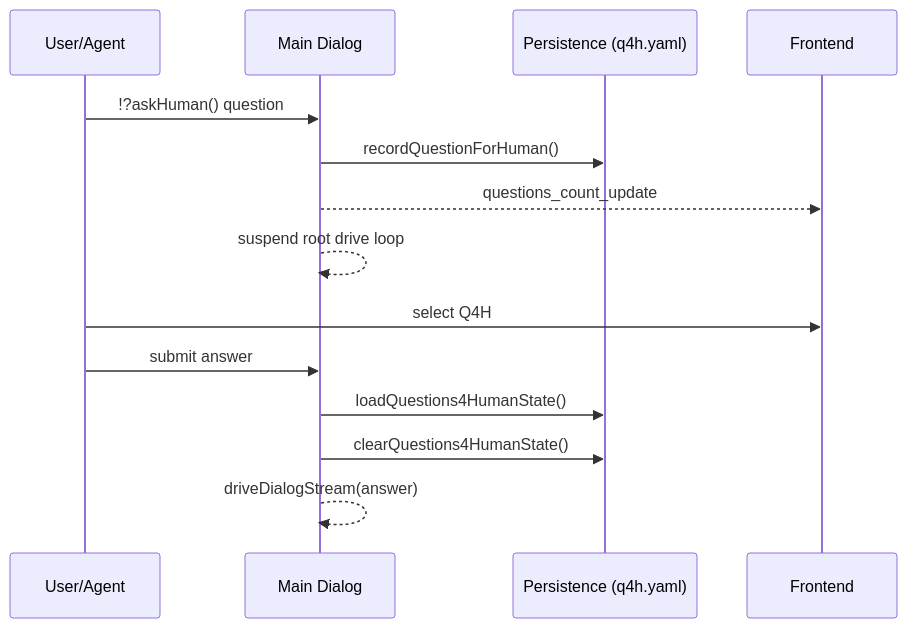
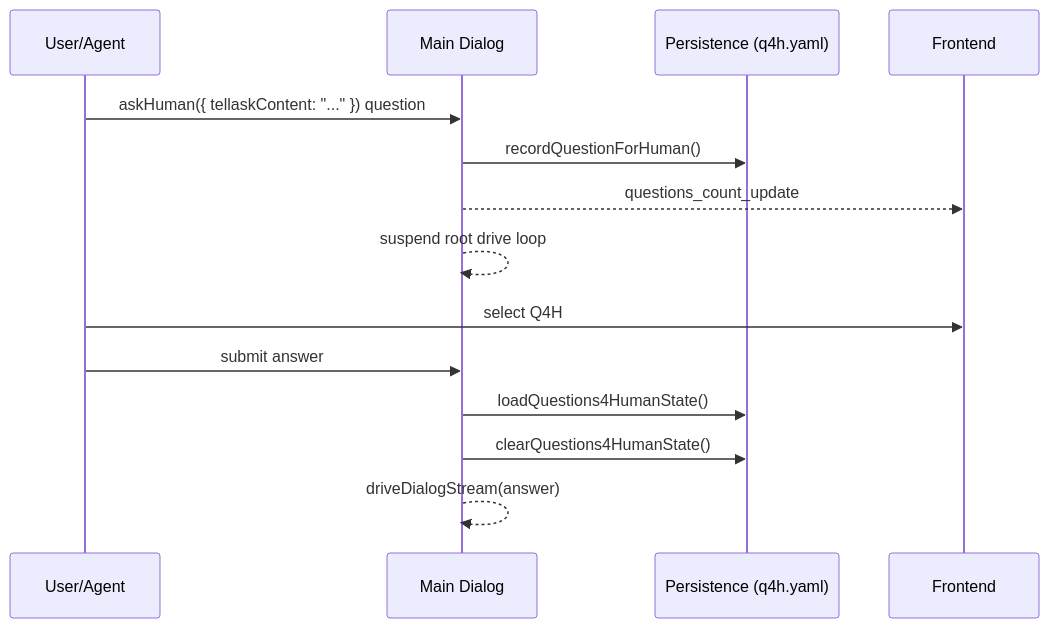
Diagram 16 of 18 in docs/dialog-system.md (longrun-ai/dominds), drawn with Mermaid before and after one commit. The commit also changed other lines of this file and 13 other files, not shown here.

````diff
--- a/docs/dialog-system.md
+++ b/docs/dialog-system.md
@@ -1198,18 +1236,18 @@
 ```mermaid
 sequenceDiagram
   participant User as User/Agent
   participant Main as Main Dialog
   participant Store as Persistence (q4h.yaml)
   participant UI as Frontend
 
-  User->>Main: !?askHuman() question
+  User->>Main: askHuman({ tellaskContent: "..." }) question
   Main->>Store: recordQuestionForHuman()
   Main-->>UI: questions_count_update
   Main-->>Main: suspend root drive loop
 
   User->>UI: select Q4H
   User->>Main: submit answer
   Main->>Store: loadQuestions4HumanState()
   Main->>Store: clearQuestions4HumanState()
   Main-->>Main: driveDialogStream(answer)
 ```
````
